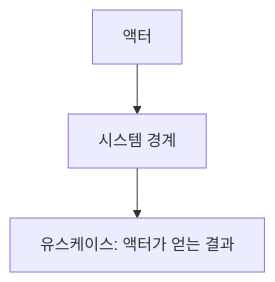
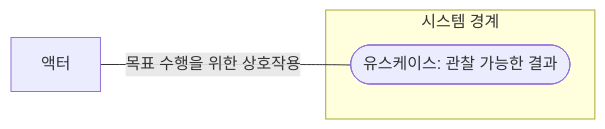
The first of 3 diagrams in src/content/docs/notes/itpe/02-software-engineering/026_use_case_diagram.md (agnusdei1207/study), drawn with Mermaid before and after one commit. The commit also changed other lines of this file and 31 other files, not shown here.

````diff
--- a/src/content/docs/notes/itpe/02-software-engineering/026_use_case_diagram.md
+++ b/src/content/docs/notes/itpe/02-software-engineering/026_use_case_diagram.md
@@ -89,5 +91,7 @@
 ```mermaid
-flowchart TD
-    A["액터"] --> B["시스템 경계"]
-    B --> U["유스케이스: 액터가 얻는 결과"]
+flowchart LR
+    A["액터"] ---|"목표 수행을 위한 상호작용"| U
+    subgraph SYS["시스템 경계"]
+        U(["유스케이스: 관찰 가능한 결과"])
+    end
 ```
````
